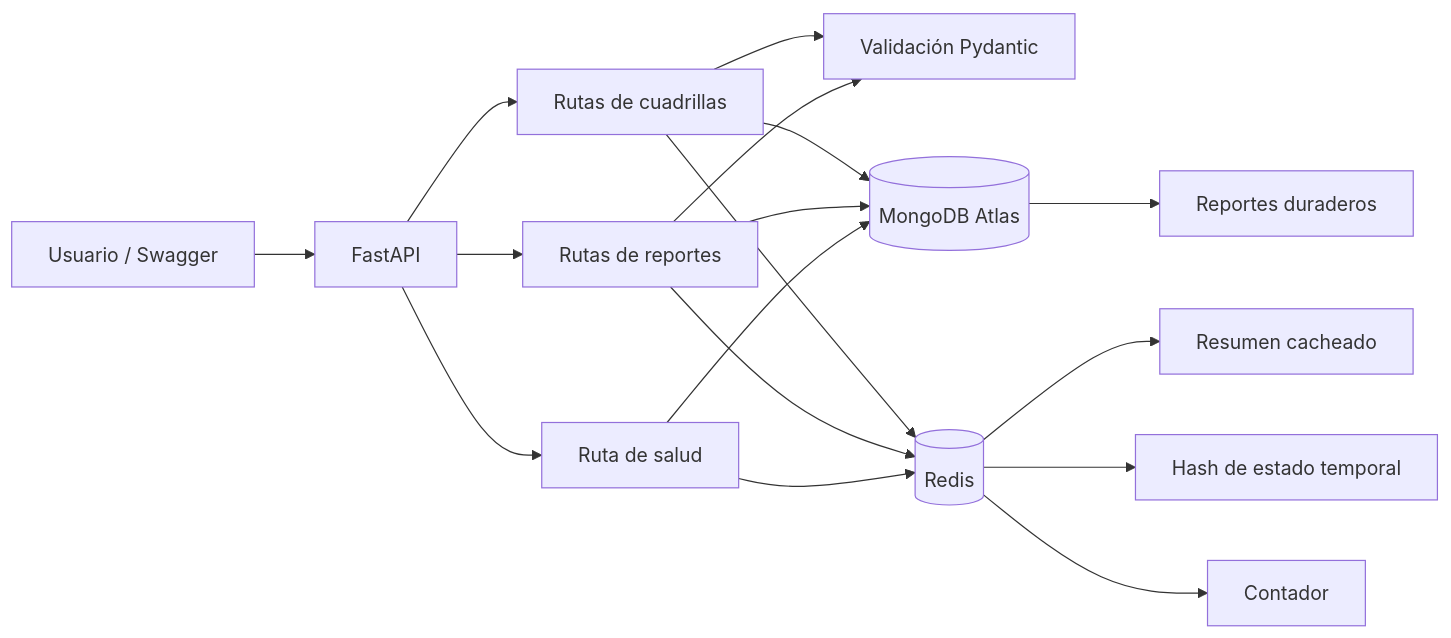
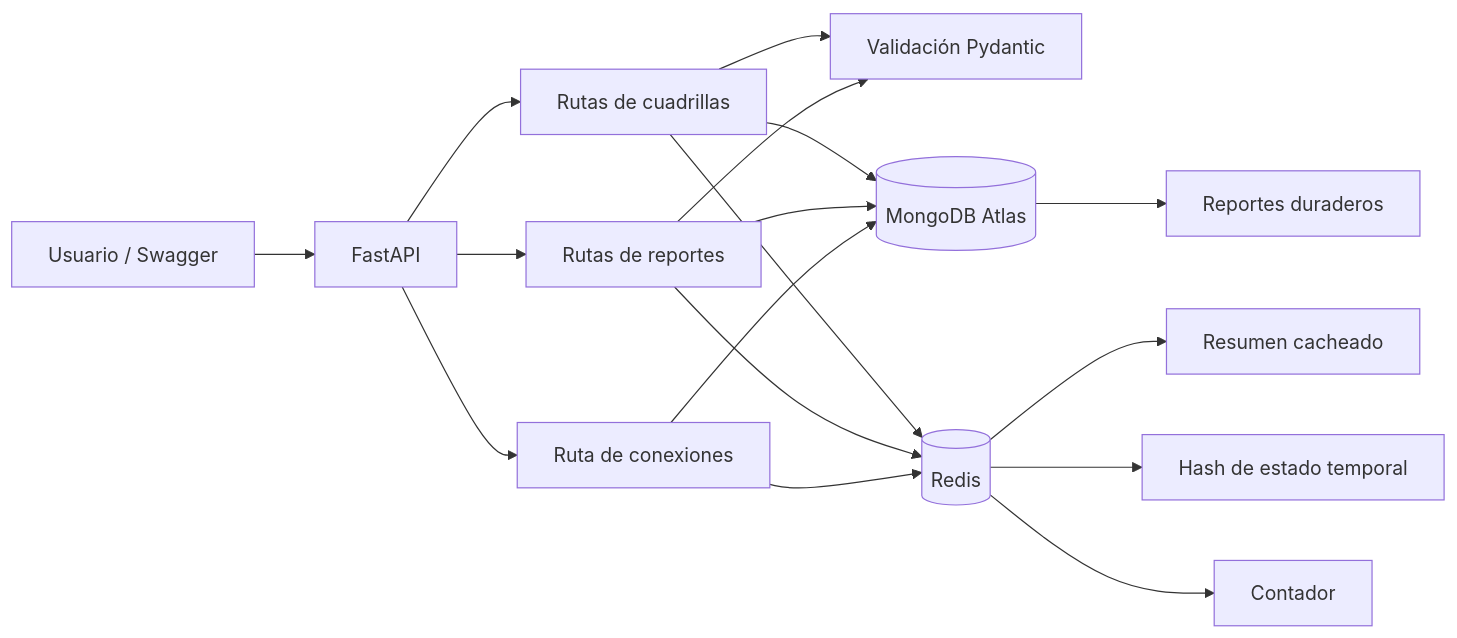
Before and after one commit to jajaramillo09-debug/API-caso-8: the diagram in README.md, drawn with Mermaid. The commit also changed other lines of this file and 2 other files, not shown here.

Commit message:
Renombra la ruta de conexiones

````diff
--- a/README.md
+++ b/README.md
@@ -11,19 +11,19 @@
 ```mermaid
 flowchart LR
     U[Usuario / Swagger] --> API[FastAPI]
-    API --> H[Ruta de salud]
+    API --> H[Ruta de conexiones]
     API --> R[Rutas de reportes]
     API --> C[Rutas de cuadrillas]
     R --> S[Validación Pydantic]
     C --> S
     H --> M[(MongoDB Atlas)]
     H --> D[(Redis)]
     R --> M
     R --> D
     C --> M
     C --> D
     M --> MR[Reportes duraderos]
     D --> RC[Resumen cacheado]
     D --> RH[Hash de estado temporal]
     D --> RI[Contador]
 ```
````
